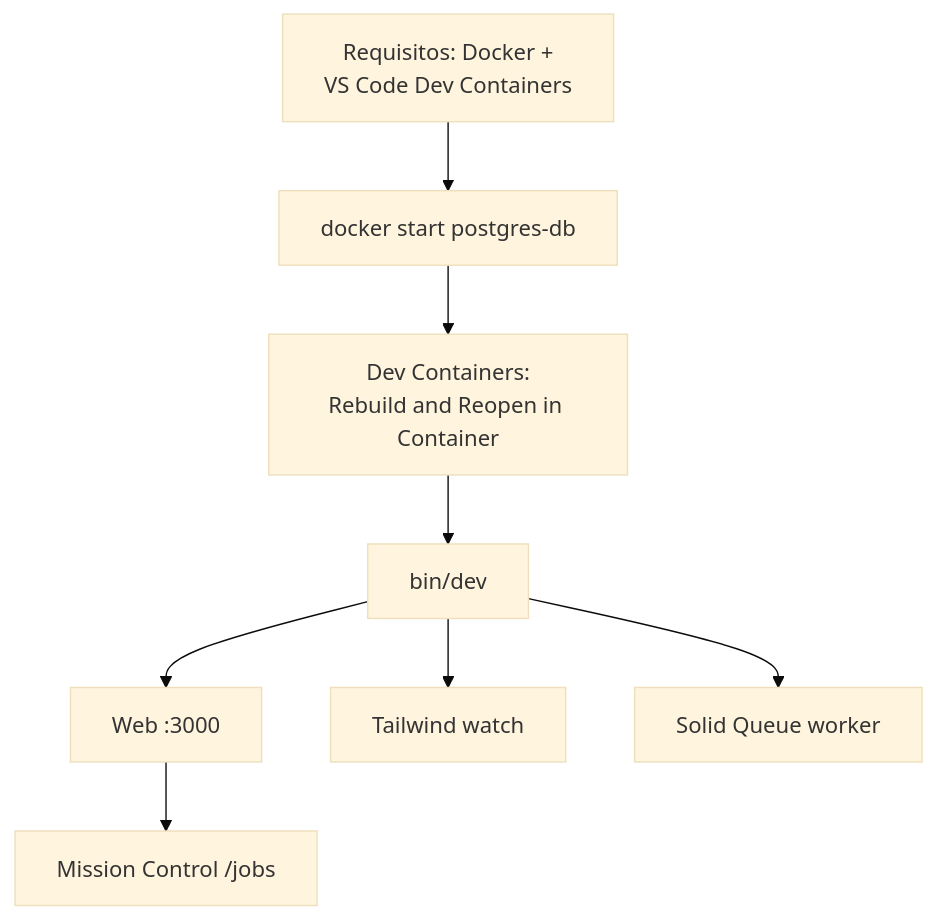
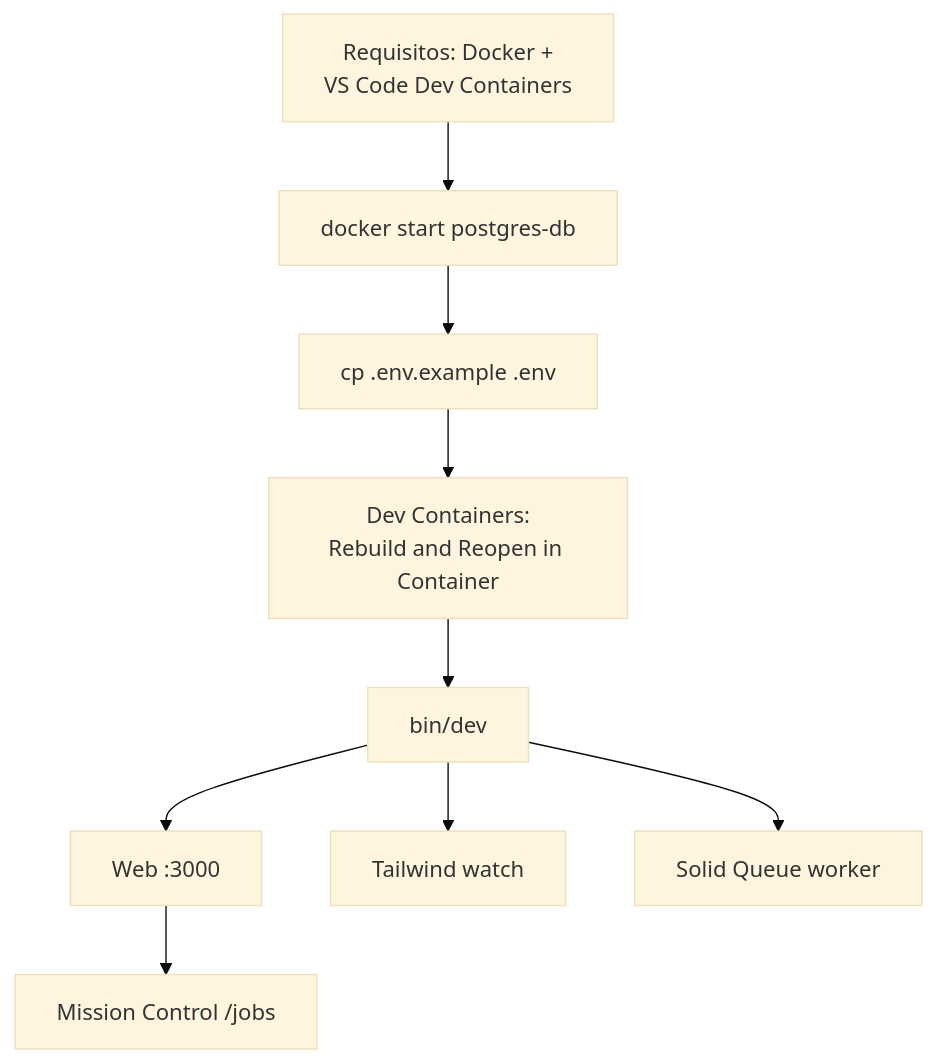
One commit to senmais/xannhael changed the diagram in docs/base/03-puesta-en-marcha.md. Above: the diagram before and after it, drawn with Mermaid (base theme). The commit also changed other lines of this file and 2 other files, not shown here.

First line of the commit message:
Document the .env setup, the container volumes and the rename caveats

````diff
--- a/docs/base/03-puesta-en-marcha.md
+++ b/docs/base/03-puesta-en-marcha.md
@@ -7,10 +7,11 @@
 ```mermaid
 flowchart TD
     A["Requisitos: Docker +<br/>VS Code Dev Containers"] --> B["docker start postgres-db"]
-    B --> C["Dev Containers:<br/>Rebuild and Reopen in Container"]
-    C --> D["bin/dev"]
-    D --> E["Web :3000"]
-    D --> F["Tailwind watch"]
-    D --> G["Solid Queue worker"]
-    E --> H["Mission Control /jobs"]
+    B --> C["cp .env.example .env"]
+    C --> D["Dev Containers:<br/>Rebuild and Reopen in Container"]
+    D --> E["bin/dev"]
+    E --> F["Web :3000"]
+    E --> G["Tailwind watch"]
+    E --> H["Solid Queue worker"]
+    F --> I["Mission Control /jobs"]
 ```
````
